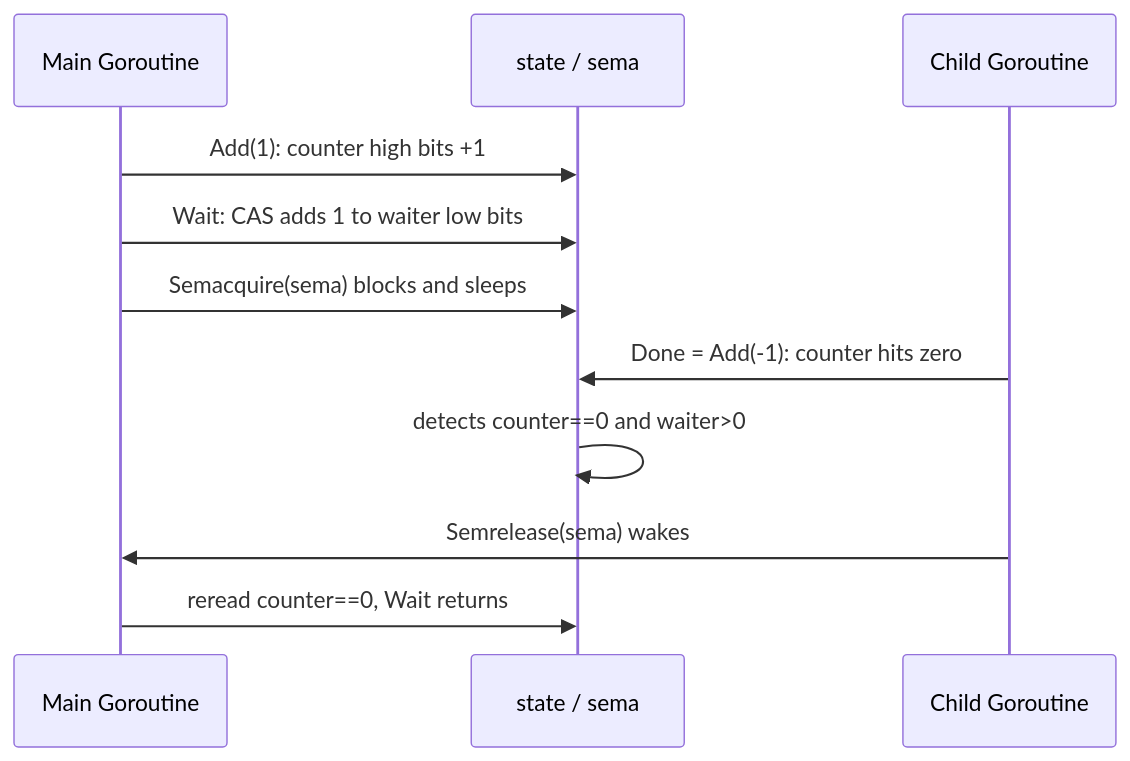
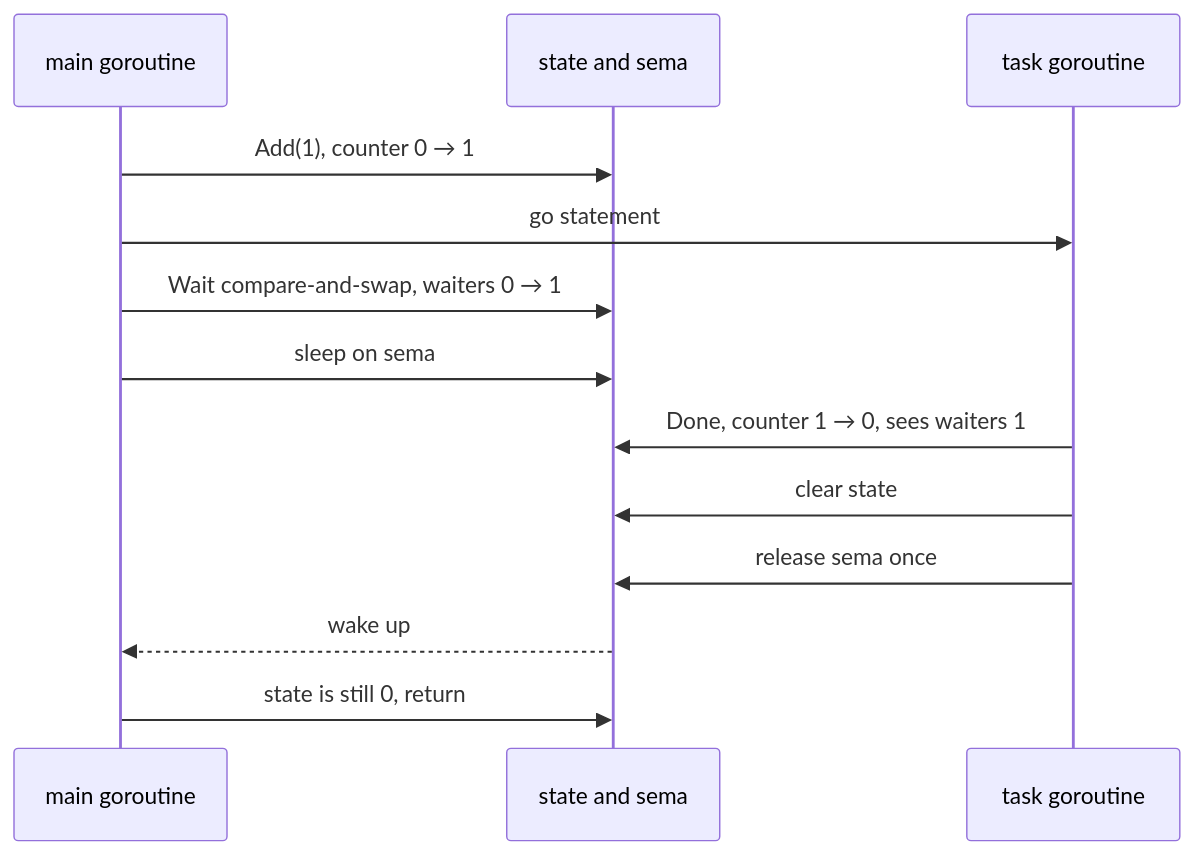
Before and after one commit to golang-design/under-the-hood: the diagram in book/en-us/part3concurrency/ch11sync/waitgroup.md, drawn with Mermaid. The commit also changed other lines of this file and 30 other files, not shown here.

````diff
--- a/book/en-us/part3concurrency/ch11sync/waitgroup.md
+++ b/book/en-us/part3concurrency/ch11sync/waitgroup.md
@@ -161,13 +357,15 @@
 ```mermaid
 sequenceDiagram
-    participant M as Main Goroutine
-    participant S as state / sema
-    participant G as Child Goroutine
-    M->>S: Add(1): counter high bits +1
-    M->>S: Wait: CAS adds 1 to waiter low bits
-    M->>S: Semacquire(sema) blocks and sleeps
-    G->>S: Done = Add(-1): counter hits zero
-    S->>S: detects counter==0 and waiter>0
-    G->>M: Semrelease(sema) wakes
-    M->>S: reread counter==0, Wait returns
+    participant M as main goroutine
+    participant S as state and sema
+    participant G as task goroutine
+    M->>S: Add(1), counter 0 → 1
+    M->>G: go statement
+    M->>S: Wait compare-and-swap, waiters 0 → 1
+    M->>S: sleep on sema
+    G->>S: Done, counter 1 → 0, sees waiters 1
+    G->>S: clear state
+    G->>S: release sema once
+    S-->>M: wake up
+    M->>S: state is still 0, return
 ```
````
